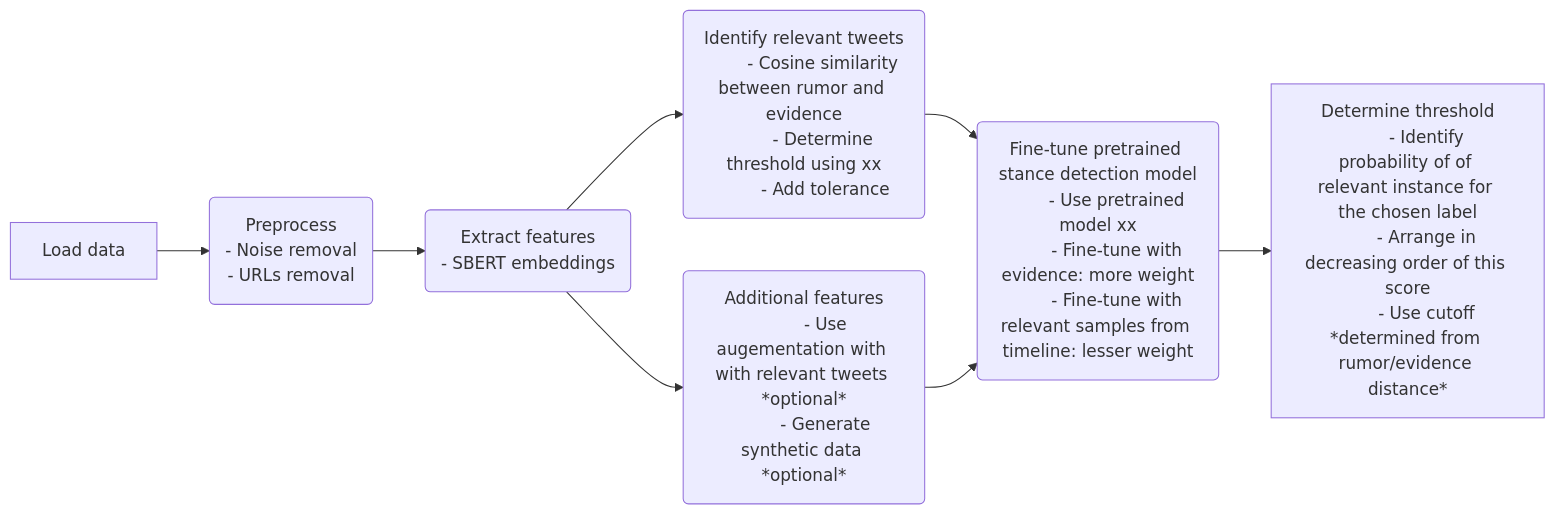
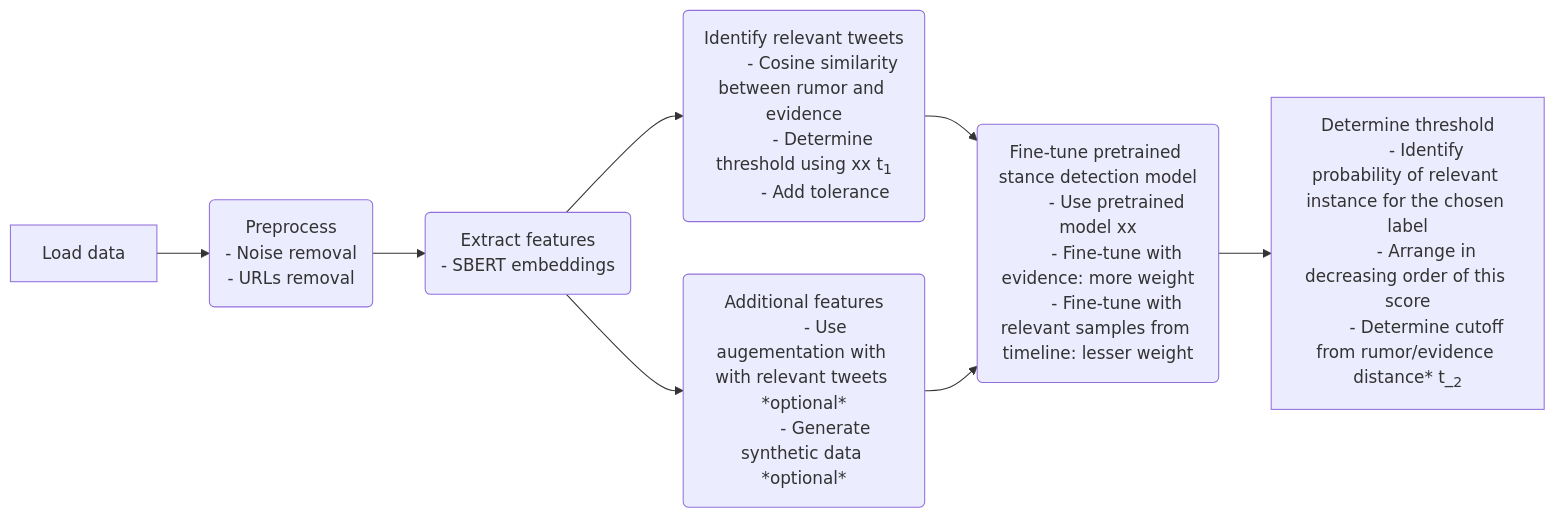
One commit to Alaaeddin103/Rumor_verification changed the first of 2 diagrams in README.md. Above: the diagram before and after it, drawn with Mermaid. The commit also changed other lines of this file, not shown here.

````diff
--- a/README.md
+++ b/README.md
@@ -14,35 +14,35 @@
 ```mermaid
 graph LR
 a[Load data]
 b(Preprocess
         - Noise removal
         - URLs removal
 )
 c(Extract features
         - SBERT embeddings
 )
 d(Identify relevant tweets
         - Cosine similarity between rumor and evidence
-        - Determine threshold using xx
-        - Add tolerance
+        - Determine threshold using xx t<sub>1</sub>
+        - Add tolerance 
 )
 e(Additional features
          - Use augementation with with relevant tweets *optional*
          - Generate synthetic data *optional*
 )
 f(Fine-tune pretrained stance detection model
         - Use pretrained model xx
         - Fine-tune with evidence: more weight
         - Fine-tune with relevant samples from timeline: lesser weight
 )
 g[Determine threshold
-        - Identify probability of of relevant instance for the chosen label
+        - Identify probability of relevant instance for the chosen label
         - Arrange in decreasing order of this score
-        - Use cutoff *determined from rumor/evidence distance*]
+        - Determine cutoff from rumor/evidence distance* t_<sub>2</sub>]
 a --> b
 b --> c
 c --> d & e
 d --> f
 e --> f
 f --> g
 ```
````
